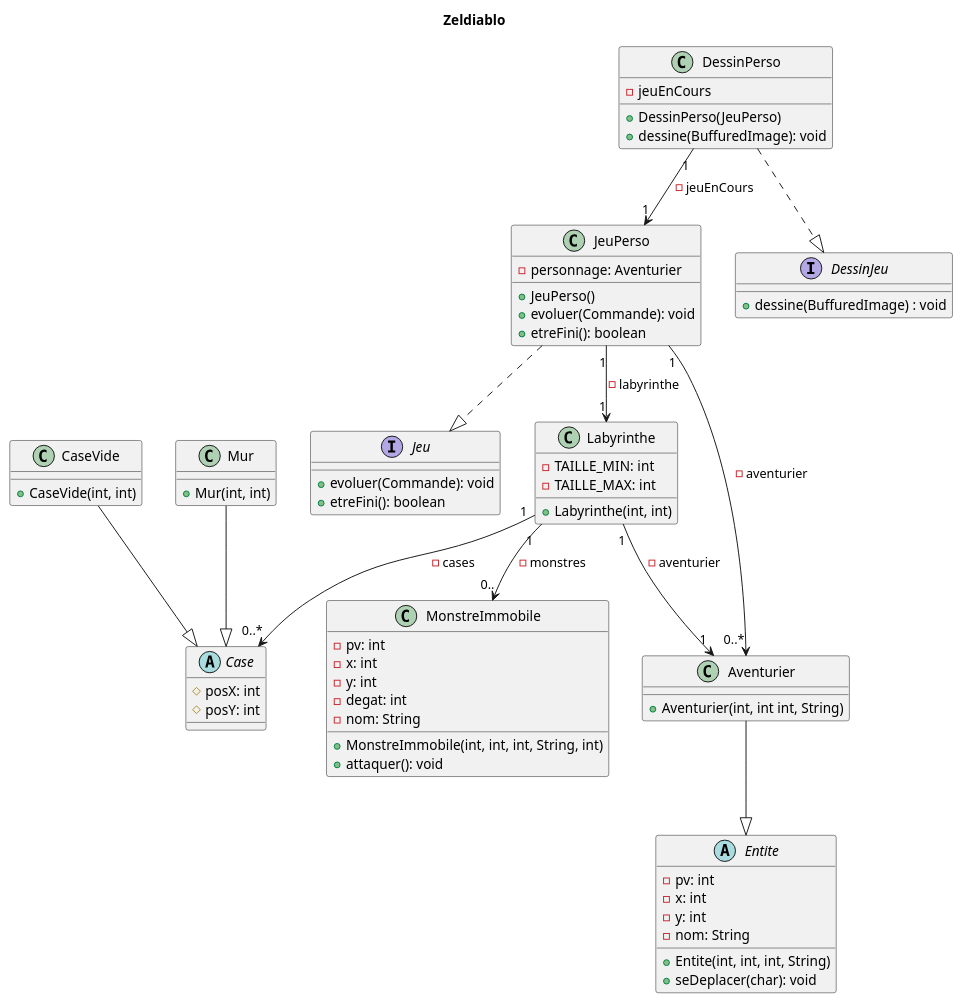
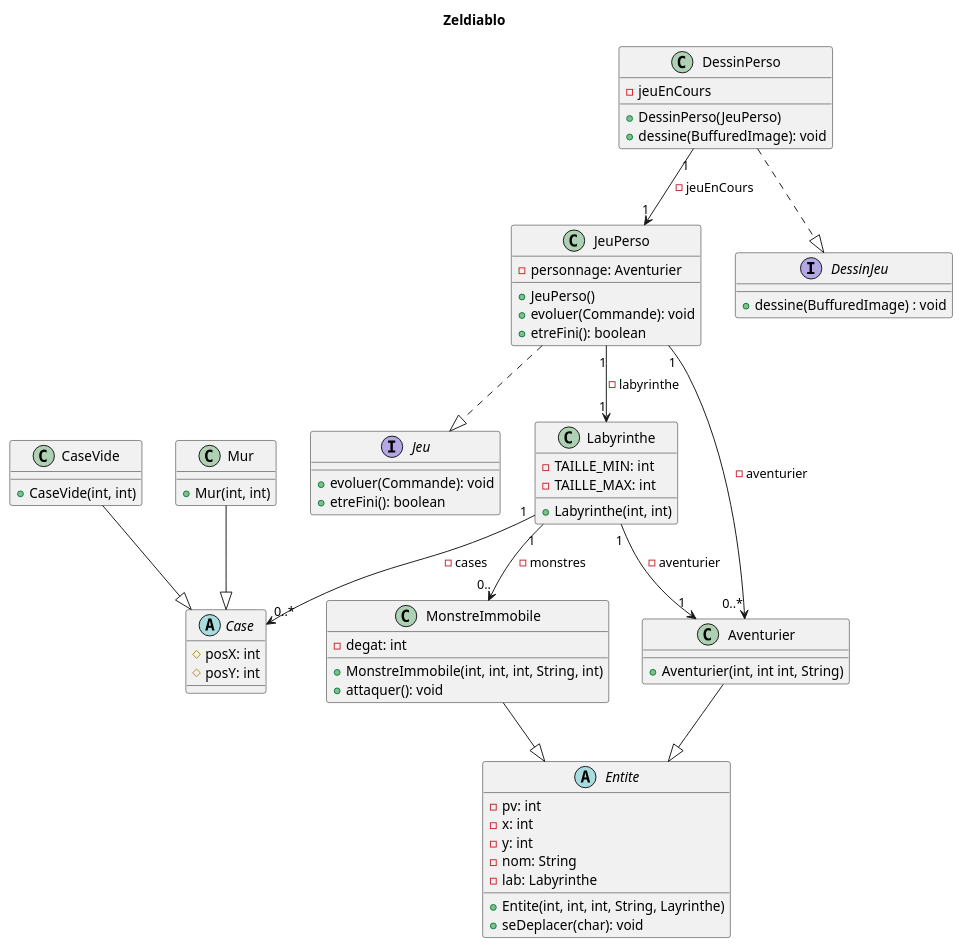
The diagram in documents/version_03/diagramme_class/diagrammeV3.wsd (LoickNosal/2019_COO_Zeldiablo_Nosal9u_Demang146u_Sousa12u_Gsell5u), drawn with PlantUML before and after one commit. The commit also changed 1 other file, not shown here.

Commit message:
Modif diagrame de classe V3

```diff
--- a/documents/version_03/diagramme_class/diagrammeV3.wsd
+++ b/documents/version_03/diagramme_class/diagrammeV3.wsd
@@ -2,82 +2,81 @@
 @startuml 
 title Zeldiablo
 
 interface Jeu {
     +evoluer(Commande): void
     +etreFini(): boolean
 }
 
 class JeuPerso {
     -personnage: Aventurier
     +JeuPerso()
     +evoluer(Commande): void
     +etreFini(): boolean
 }
 
 interface DessinJeu {
     +dessine(BuffuredImage) : void
 }
 
 class DessinPerso {
     -jeuEnCours
     +DessinPerso(JeuPerso)
     +dessine(BuffuredImage): void
 }
 
 class Labyrinthe {
     -TAILLE_MIN: int
     -TAILLE_MAX: int
     +Labyrinthe(int, int)
 }
 
 class MonstreImmobile {
-    -pv: int
-    -x: int
-    -y: int
     -degat: int
-    -nom: String
+    
     +MonstreImmobile(int, int, int, String, int)
     +attaquer(): void
 }
 
 abstract Case {
     #posX: int
     #posY: int
 }
 
 class CaseVide {
     +CaseVide(int, int)
 }
 
 class Mur {
     +Mur(int, int)
 }
 
 abstract Entite {
     -pv: int
     -x: int
     -y: int
     -nom: String
+    -lab: Labyrinthe
 
-    +Entite(int, int, int, String)
+    +Entite(int, int, int, String, Layrinthe)
     +seDeplacer(char): void
 }
 
 class Aventurier {
     +Aventurier(int, int int, String)
 }
 
 JeuPerso "1" --> "1" Labyrinthe : -labyrinthe
 DessinPerso "1" --> "1" JeuPerso : -jeuEnCours
 Labyrinthe "1" --> "0..*" Case : -cases
 JeuPerso "1" --> "0..*" Aventurier : -aventurier
 Labyrinthe "1" --> "1" Aventurier : -aventurier
 Labyrinthe "1" --> "0.." MonstreImmobile: -monstres
 
 JeuPerso ..|> Jeu
 DessinPerso ..|> DessinJeu
 CaseVide --|> Case
 Mur --|> Case
 Aventurier --|> Entite
+MonstreImmobile --|> Entite
 
 @enduml
```
